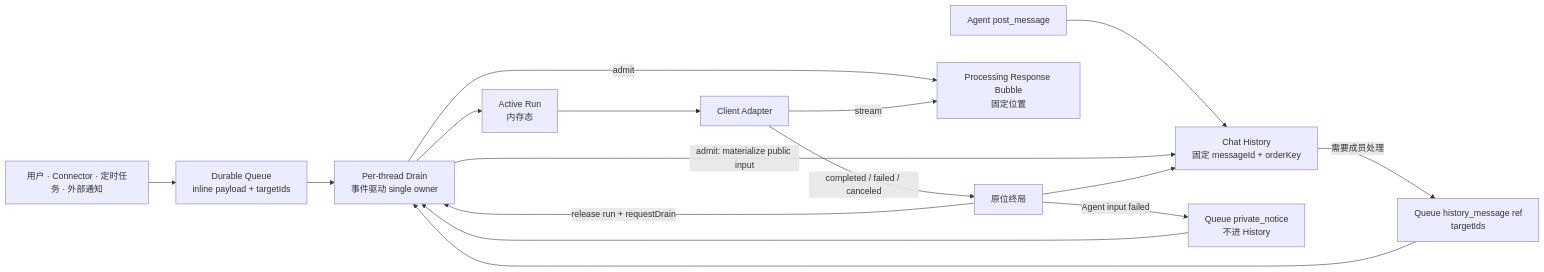
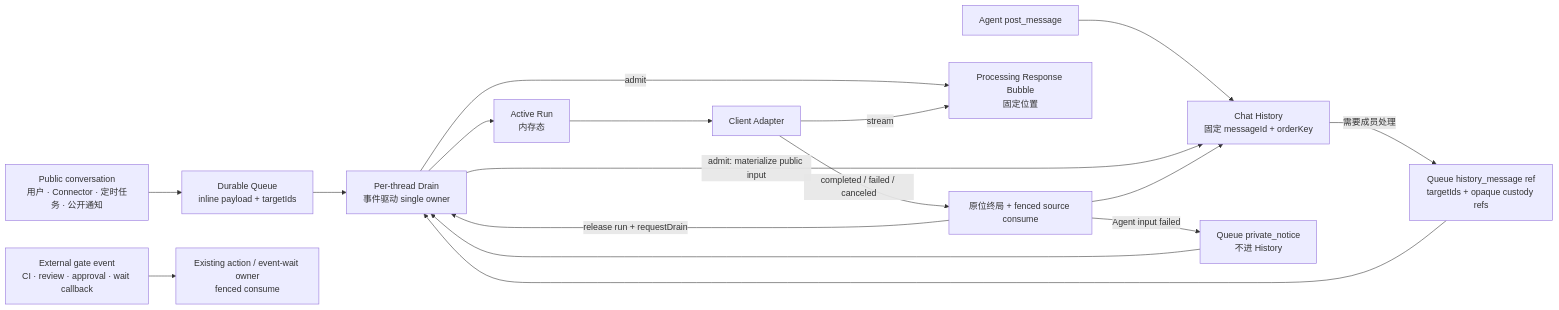
One commit to zts212653/clowder-ai changed the first of 2 diagrams in docs/architecture/message-delivery-handling-handoff-audit.md. Above: the diagram before and after it, drawn with Mermaid. The commit also changed other lines of this file, not shown here.

First line of the commit message:
docs: preserve exact A2A source custody

````diff
--- a/docs/architecture/message-delivery-handling-handoff-audit.md
+++ b/docs/architecture/message-delivery-handling-handoff-audit.md
@@ -77,18 +78,19 @@
 ```mermaid
 flowchart LR
-    E["用户 · Connector · 定时任务 · 外部通知"] --> Q["Durable Queue<br/>inline payload + targetIds"]
+    E["Public conversation<br/>用户 · Connector · 定时任务 · 公开通知"] --> Q["Durable Queue<br/>inline payload + targetIds"]
+    G["External gate event<br/>CI · review · approval · wait callback"] --> W["Existing action / event-wait owner<br/>fenced consume"]
     P["Agent post_message"] --> H["Chat History<br/>固定 messageId + orderKey"]
-    H -->|"需要成员处理"| Q2["Queue history_message ref<br/>targetIds"]
+    H -->|"需要成员处理"| Q2["Queue history_message ref<br/>targetIds + opaque custody refs"]
     Q --> D["Per-thread Drain<br/>事件驱动 single owner"]
     Q2 --> D
     D -->|"admit: materialize public input"| H
     D -->|"admit"| B["Processing Response Bubble<br/>固定位置"]
     D --> A["Active Run<br/>内存态"]
     A --> C["Client Adapter"]
     C -->|"stream"| B
-    C -->|"completed / failed / canceled"| T["原位终局"]
+    C -->|"completed / failed / canceled"| T["原位终局 + fenced source consume"]
     T --> H
     T -->|"Agent input failed"| N["Queue private_notice<br/>不进 History"]
     N --> D
     T -->|"release run + requestDrain"| D
 ```
````
